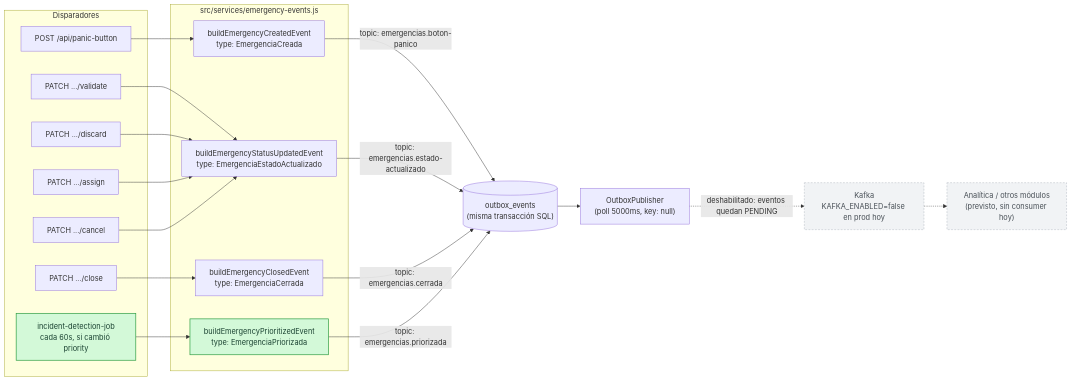
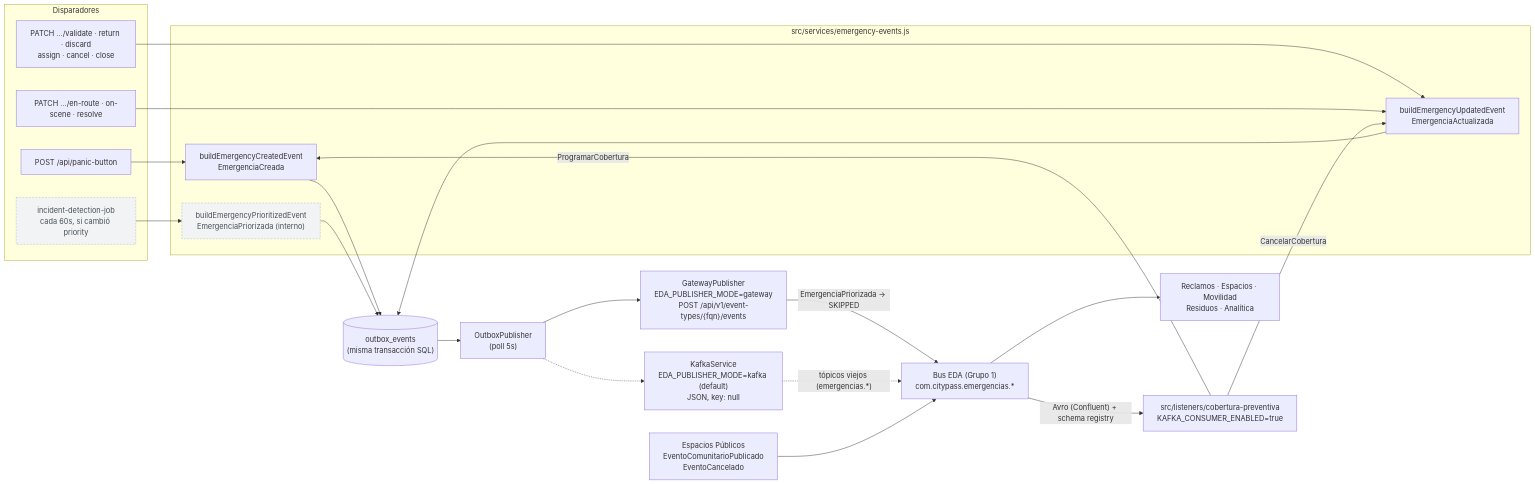
Before and after one commit to G6D2/emergencias-backend: the diagram in docs/diagramas/06-eventos.md, drawn with Mermaid. The commit also changed other lines of this file and 8 other files, not shown here.

First line of the commit message:
feat(eda): spec AsyncAPI del contrato de eventos + actualizar 06-eventos.md (#84)

````diff
--- a/docs/diagramas/06-eventos.md
+++ b/docs/diagramas/06-eventos.md
@@ -7,44 +11,48 @@
 ```mermaid
 flowchart LR
     subgraph triggers["Disparadores"]
         t1["POST /api/panic-button"]
-        t2["PATCH .../validate"]
-        t3["PATCH .../discard"]
-        t4["PATCH .../assign"]
-        t5["PATCH .../cancel"]
-        t6["PATCH .../close"]
-        t7["incident-detection-job<br/>cada 60s, si cambió priority"]:::incident
+        t2["PATCH .../validate · return · discard<br/>assign · cancel · close"]
+        t3["PATCH .../en-route · on-scene · resolve"]
+        t4["incident-detection-job<br/>cada 60s, si cambió priority"]:::internal
     end
 
     subgraph builders["src/services/emergency-events.js"]
-        e1["buildEmergencyCreatedEvent<br/>type: EmergenciaCreada"]
-        e2["buildEmergencyStatusUpdatedEvent<br/>type: EmergenciaEstadoActualizado"]
-        e3["buildEmergencyClosedEvent<br/>type: EmergenciaCerrada"]
-        e4["buildEmergencyPrioritizedEvent<br/>type: EmergenciaPriorizada"]:::incident
+        e1["buildEmergencyCreatedEvent<br/>EmergenciaCreada"]
+        e2["buildEmergencyUpdatedEvent<br/>EmergenciaActualizada"]
+        e3["buildEmergencyPrioritizedEvent<br/>EmergenciaPriorizada (interno)"]:::internal
     end
 
     outbox[("outbox_events<br/>(misma transacción SQL)")]
-    pub["OutboxPublisher<br/>(poll 5000ms, key: null)"]
-    kafka["Kafka<br/>KAFKA_ENABLED=false en prod hoy"]:::planned
-    analitica["Analítica / otros módulos<br/>(previsto, sin consumer hoy)"]:::planned
+    pub["OutboxPublisher<br/>(poll 5s)"]
+    gw["GatewayPublisher<br/>EDA_PUBLISHER_MODE=gateway<br/>POST /api/v1/event-types/{fqn}/events"]
+    kafkaDirect["KafkaService<br/>EDA_PUBLISHER_MODE=kafka (default)<br/>JSON, key: null"]
+    bus["Bus EDA (Grupo 1)<br/>com.citypass.emergencias.*"]
+    consumers["Reclamos · Espacios · Movilidad<br/>Residuos · Analítica"]
+
+    espacios["Espacios Públicos<br/>EventoComunitarioPublicado<br/>EventoCancelado"]
+    listeners["src/listeners/cobertura-preventiva<br/>KAFKA_CONSUMER_ENABLED=true"]
 
     t1 --> e1
     t2 --> e2
     t3 --> e2
-    t4 --> e2
-    t5 --> e2
-    t6 --> e3
-    t7 --> e4
+    t4 --> e3
+    listeners -->|"ProgramarCobertura"| e1
+    listeners -->|"CancelarCobertura"| e2
 
-    e1 -->|"topic: emergencias.boton-panico"| outbox
-    e2 -->|"topic: emergencias.estado-actualizado"| outbox
-    e3 -->|"topic: emergencias.cerrada"| outbox
-    e4 -->|"topic: emergencias.priorizada"| outbox
+    e1 --> outbox
+    e2 --> outbox
+    e3 --> outbox
 
     outbox --> pub
-    pub -.->|"deshabilitado: eventos quedan PENDING"| kafka
-    kafka -.-> analitica
+    pub --> gw
+    pub -.-> kafkaDirect
+    gw -->|"EmergenciaPriorizada → SKIPPED"| bus
+    kafkaDirect -.->|"tópicos viejos (emergencias.*)"| bus
+    bus --> consumers
 
-    classDef planned fill:#f1f3f5,stroke:#adb5bd,color:#495057,stroke-width:1px,stroke-dasharray: 4 3;
-    classDef incident fill:#d3f9d8,stroke:#2f9e44,color:#1b4332,stroke-width:1.5px;
+    espacios --> bus
+    bus -->|"Avro (Confluent) + schema registry"| listeners
+
+    classDef internal fill:#f1f3f5,stroke:#adb5bd,color:#495057,stroke-width:1px,stroke-dasharray: 4 3;
 ```
````
